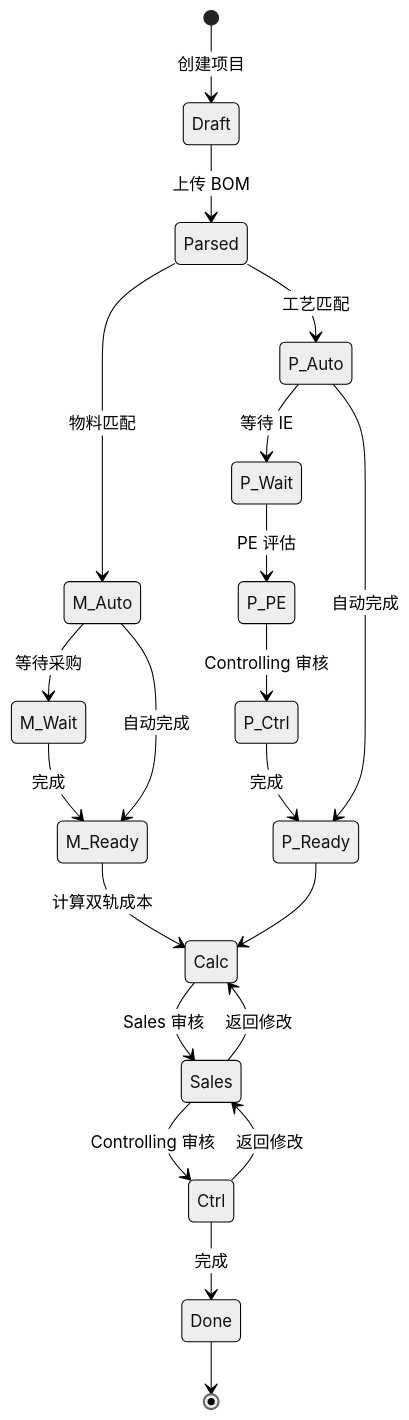
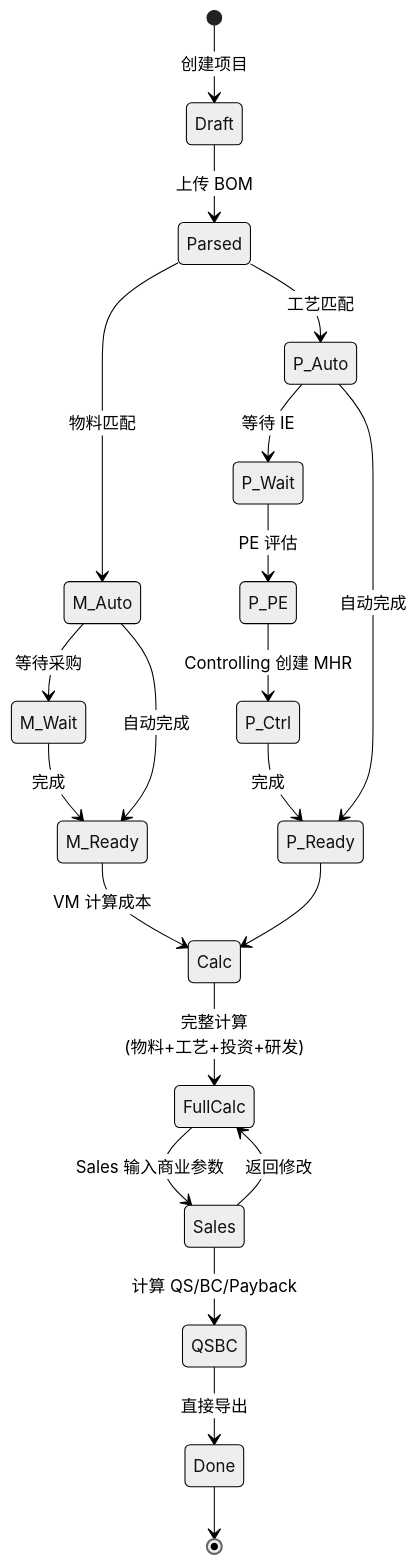
One commit to randyluo85/Quoting-Copilot changed the second of 2 diagrams in docs/PRD.md. Above: the diagram before and after it, drawn with Mermaid (neutral theme). The commit also changed other lines of this file, not shown here.

````diff
--- a/docs/PRD.md
+++ b/docs/PRD.md
@@ -440,30 +438,30 @@
 ```mermaid
 stateDiagram-v2
     [*] --> Draft: 创建项目
     Draft --> Parsed: 上传 BOM
 
     Parsed --> M_Auto: 物料匹配
     Parsed --> P_Auto: 工艺匹配
 
     M_Auto --> M_Wait: 等待采购
     M_Wait --> M_Ready: 完成
     M_Auto --> M_Ready: 自动完成
 
     P_Auto --> P_Wait: 等待 IE
     P_Wait --> P_PE: PE 评估
-    P_PE --> P_Ctrl: Controlling 审核
+    P_PE --> P_Ctrl: Controlling 创建 MHR
     P_Ctrl --> P_Ready: 完成
     P_Auto --> P_Ready: 自动完成
 
-    M_Ready --> Calc: 计算双轨成本
+    M_Ready --> Calc: VM 计算成本
     P_Ready --> Calc
 
-    Calc --> Sales: Sales 审核
-    Sales --> Ctrl: Controlling 审核
+    Calc --> FullCalc: 完整计算<br/>(物料+工艺+投资+研发)
+    FullCalc --> Sales: Sales 输入商业参数
 
-    Ctrl --> Done: 完成
-    Sales --> Calc: 返回修改
-    Ctrl --> Sales: 返回修改
+    Sales --> QSBC: 计算 QS/BC/Payback
+    QSBC --> Done: 直接导出
+    Sales --> FullCalc: 返回修改
 
     Done --> [*]
 ```
````
